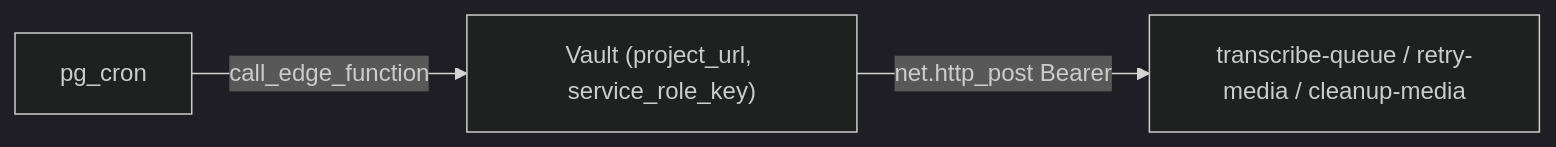
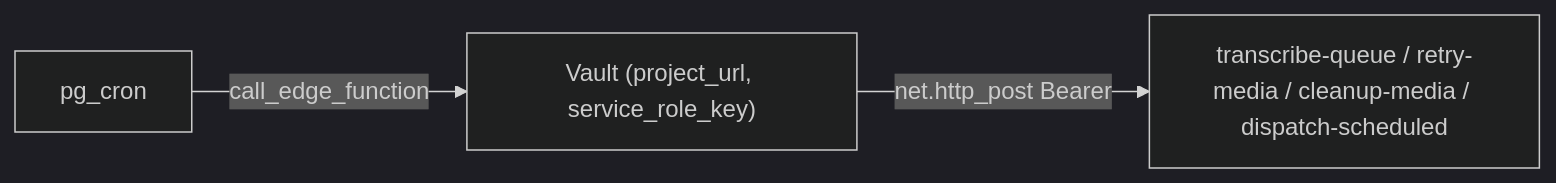
The third of 3 diagrams in docs/reference/ARQUITETURA.md (Expert-Integrado/whatsapp-agent), drawn with Mermaid (dark theme) before and after one commit. The commit also changed other lines of this file and 9 other files, not shown here.

````diff
--- a/docs/reference/ARQUITETURA.md
+++ b/docs/reference/ARQUITETURA.md
@@ -125,5 +126,5 @@
 ```mermaid
 flowchart LR
     CRON["pg_cron"] -->|call_edge_function| V["Vault (project_url, service_role_key)"]
-    V -->|net.http_post Bearer| EF["transcribe-queue / retry-media / cleanup-media"]
+    V -->|net.http_post Bearer| EF["transcribe-queue / retry-media / cleanup-media / dispatch-scheduled"]
 ```
````
